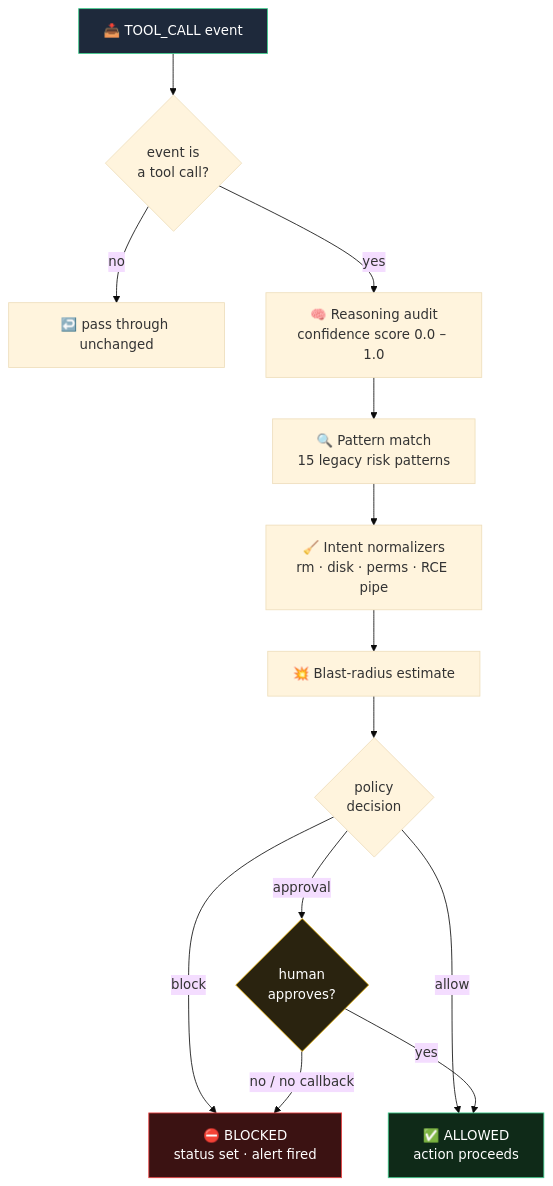
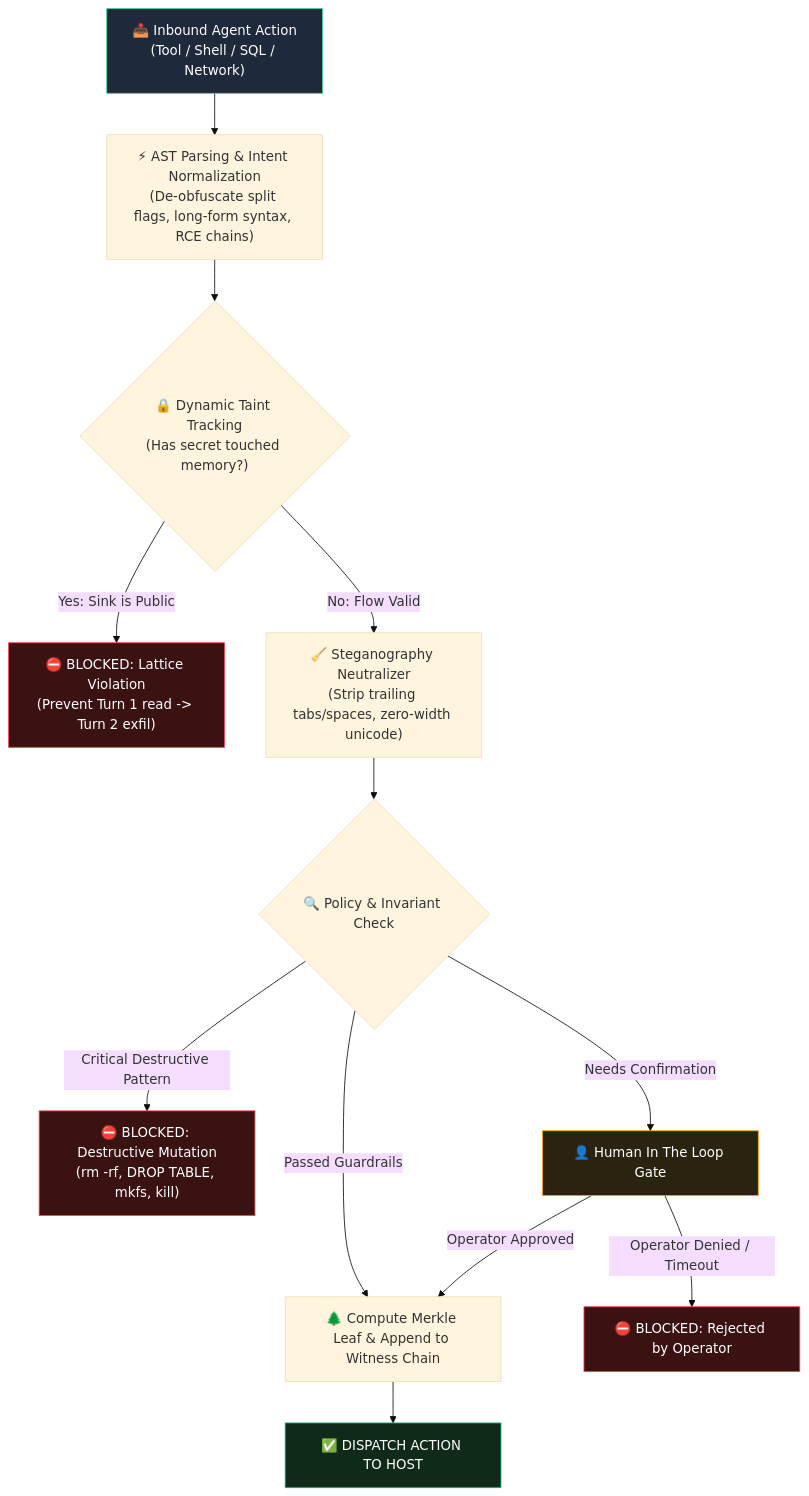
Before and after one commit to Shinraya-Tech-Labs/AgentWatch: the third of 6 diagrams in README.md, drawn with Mermaid (base theme). The commit also changed other lines of this file, not shown here.

Commit message:
docs: modernize README with v0.3.1 architecture, interactive diagrams, and security benchmarks

````diff
--- a/README.md
+++ b/README.md
@@ -203,23 +168,25 @@
 ```mermaid
 flowchart TD
-    EV["📥 TOOL_CALL event"] --> CHK{"event is<br/>a tool call?"}
-    CHK -->|no| PASS["↩️ pass through unchanged"]
-    CHK -->|yes| AUDIT["🧠 Reasoning audit<br/>confidence score 0.0 – 1.0"]
+    START["📥 Inbound Agent Action<br/>(Tool / Shell / SQL / Network)"] --> PARSE["⚡ AST Parsing & Intent Normalization<br/>(De-obfuscate split flags, long-form syntax, RCE chains)"]
+    
+    PARSE --> TAINT{"🔒 Dynamic Taint Tracking<br/>(Has secret touched memory?)"}
+    TAINT -->|Yes: Sink is Public| BLOCK_TAINT["⛔ BLOCKED: Lattice Violation<br/>(Prevent Turn 1 read -> Turn 2 exfil)"]
+    TAINT -->|No: Flow Valid| STEGO["🧹 Steganography Neutralizer<br/>(Strip trailing tabs/spaces, zero-width unicode)"]
 
-    AUDIT --> MATCH["🔍 Pattern match<br/>15 legacy risk patterns"]
-    MATCH --> NORM["🧹 Intent normalizers<br/>rm · disk · perms · RCE pipe"]
-    NORM --> BLAST["💥 Blast-radius estimate"]
+    STEGO --> POLICY{"🔍 Policy & Invariant Check"}
+    POLICY -->|Critical Destructive Pattern| BLOCK_CRIT["⛔ BLOCKED: Destructive Mutation<br/>(rm -rf, DROP TABLE, mkfs, kill)"]
+    POLICY -->|Needs Confirmation| HITL["👤 Human In The Loop Gate"]
+    POLICY -->|Passed Guardrails| ATTEST["🌲 Compute Merkle Leaf & Append to Witness Chain"]
 
-    BLAST --> DECIDE{"policy<br/>decision"}
-    DECIDE -->|block| BLOCK["⛔ BLOCKED<br/>status set · alert fired"]
-    DECIDE -->|approval| HITL{"human<br/>approves?"}
-    DECIDE -->|allow| ALLOW["✅ ALLOWED<br/>action proceeds"]
+    HITL -->|Operator Approved| ATTEST
+    HITL -->|Operator Denied / Timeout| BLOCK_DENY["⛔ BLOCKED: Rejected by Operator"]
 
-    HITL -->|yes| ALLOW
-    HITL -->|no / no callback| BLOCK
+    ATTEST --> EXEC["✅ DISPATCH ACTION TO HOST"]
 
-    style EV fill:#1e293b,stroke:#3ecf8e,color:#fff
-    style BLOCK fill:#3b1212,stroke:#ef4444,color:#fff
-    style ALLOW fill:#0f2a18,stroke:#3ecf8e,color:#fff
-    style HITL fill:#2a230f,stroke:#eab308,color:#fff
+    style START fill:#1e293b,stroke:#3ecf8e,color:#fff
+    style BLOCK_TAINT fill:#3b1212,stroke:#ef4444,color:#fff
+    style BLOCK_CRIT fill:#3b1212,stroke:#ef4444,color:#fff
+    style BLOCK_DENY fill:#3b1212,stroke:#ef4444,color:#fff
+    style EXEC fill:#0f2a18,stroke:#10b981,color:#fff
+    style HITL fill:#2a230f,stroke:#f59e0b,color:#fff
 ```
````
